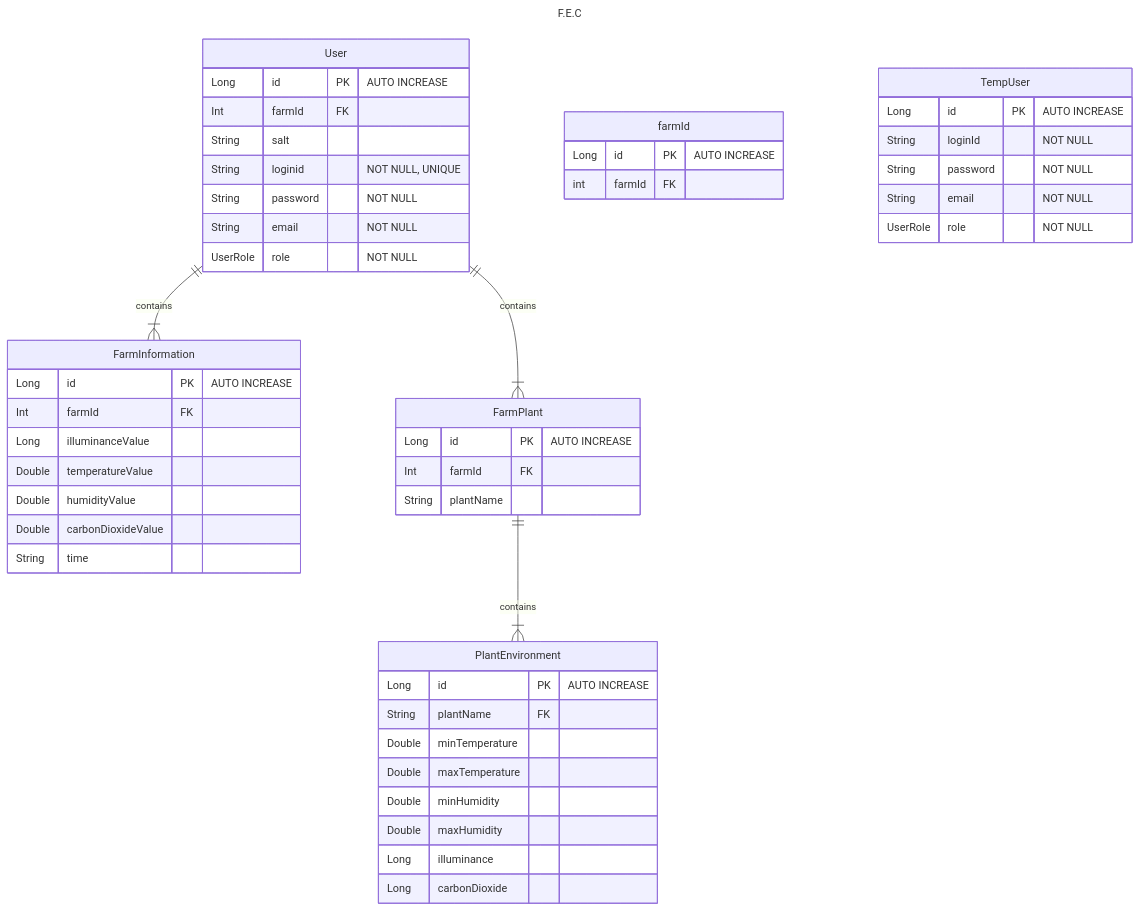
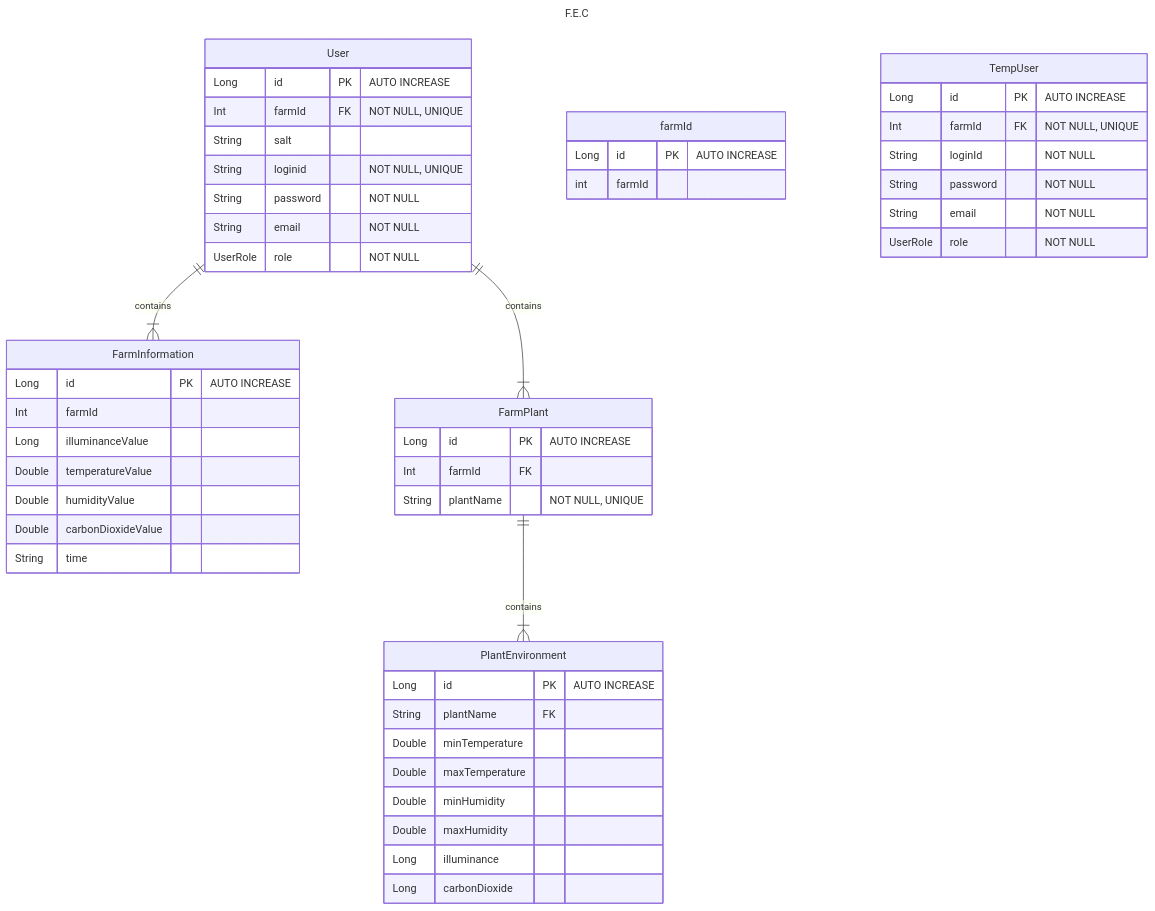
Before and after one commit to tmdgjs306/2023_BootCamp_FEC: the diagram in ERD.md, drawn with Mermaid.

Commit message:
ER Diagram V1.1

````diff
--- a/ERD.md
+++ b/ERD.md
@@ -1,56 +1,57 @@
 ```mermaid
 ---
 title: F.E.C
 ---
 
 erDiagram
     User ||--|{ FarmInformation : contains
     User ||--|{ FarmPlant : contains
     User{
         Long id PK "AUTO INCREASE"
-        Int farmId FK
+        Int farmId FK "NOT NULL, UNIQUE"
         String salt
         String loginid "NOT NULL, UNIQUE" 
         String password "NOT NULL"
         String email "NOT NULL"
         UserRole role "NOT NULL"
     }
 
     farmId{
         Long id PK "AUTO INCREASE"
-        int farmId FK
+        int farmId
     }
 
     TempUser{
         Long id PK "AUTO INCREASE"
+        Int farmId FK "NOT NULL, UNIQUE"
         String loginId "NOT NULL"
         String password "NOT NULL"
         String email "NOT NULL"
         UserRole role "NOT NULL"
     }
     FarmInformation{
         Long id PK "AUTO INCREASE"
-        Int farmId FK
+        Int farmId
         Long illuminanceValue 
         Double temperatureValue
         Double humidityValue
         Double carbonDioxideValue
         String time
     }
     FarmPlant ||--|{ PlantEnvironment : contains
     FarmPlant{
         Long id PK "AUTO INCREASE"
         Int farmId FK
-        String plantName
+        String plantName "NOT NULL, UNIQUE"
     }
     PlantEnvironment{
         Long id PK "AUTO INCREASE"
         String plantName FK
         Double minTemperature
         Double maxTemperature
         Double minHumidity
         Double maxHumidity
         Long illuminance
         Long carbonDioxide
     }
 ```
````
